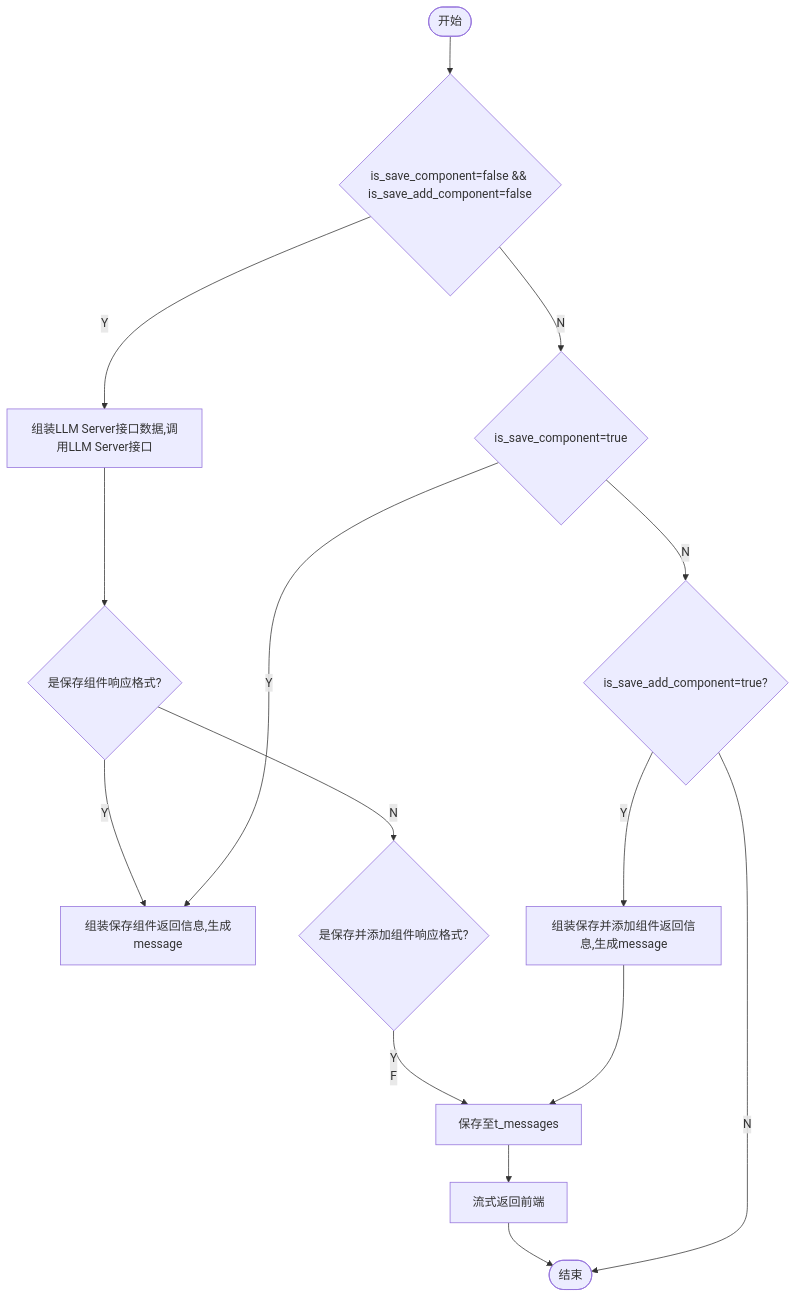
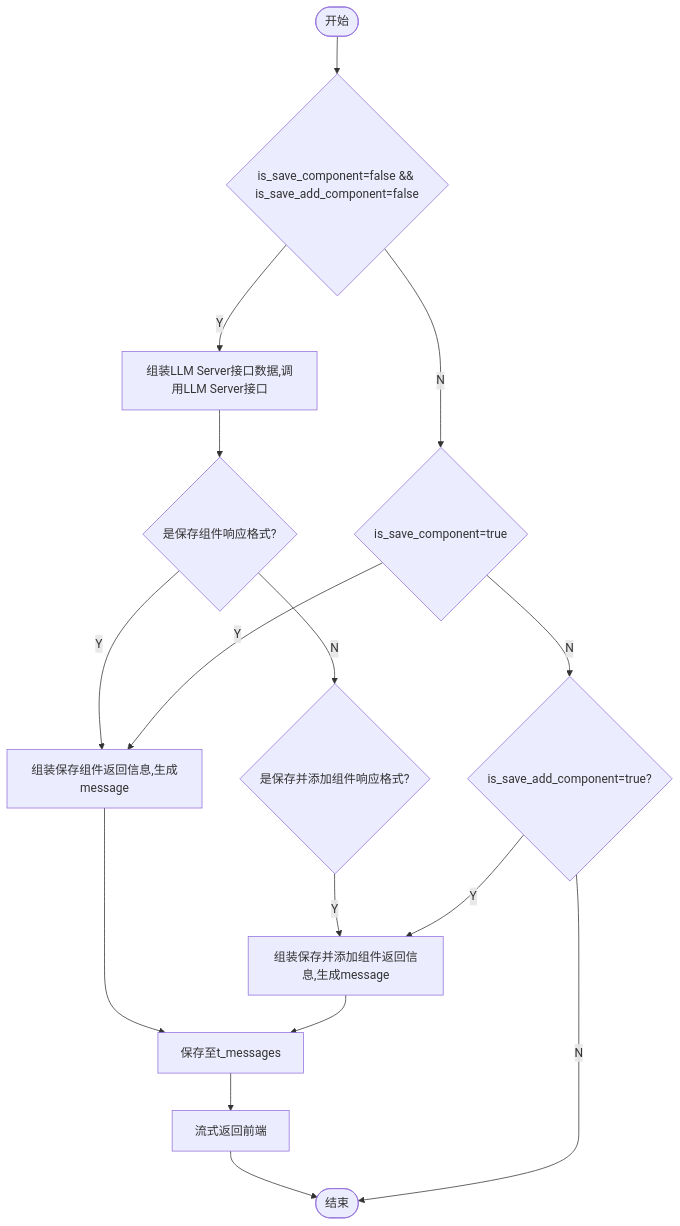
The diagram in all/未命名-7.md (yingjianzh/iodraw-files), drawn with Mermaid before and after one commit.

Commit message:
2024-10-12 14:12:03 update

````diff
--- a/all/未命名-7.md
+++ b/all/未命名-7.md
@@ -1,19 +1,19 @@
 ```mermaid
 flowchart TD
     A([开始]) --> B{is_save_component=false && is_save_add_component=false}
     B -- Y --> C[组装LLM Server接口数据,调用LLM Server接口]
     B -- N --> D{is_save_component=true}
     C --> E{是保存组件响应格式?}
     E -- Y --> F[组装保存组件返回信息,生成message]
     E -- N --> L{是保存并添加组件响应格式?}
-    L -- Y 
+    L -- Y --> K
     F --> G[保存至t_messages]
     G --> H[流式返回前端]
     H --> I([结束])
     D -- Y --> F
     D -- N --> J{is_save_add_component=true?}
     J -- Y --> K[组装保存并添加组件返回信息,生成message]
     K --> G
     J -- N --> I
 
 ```
````
